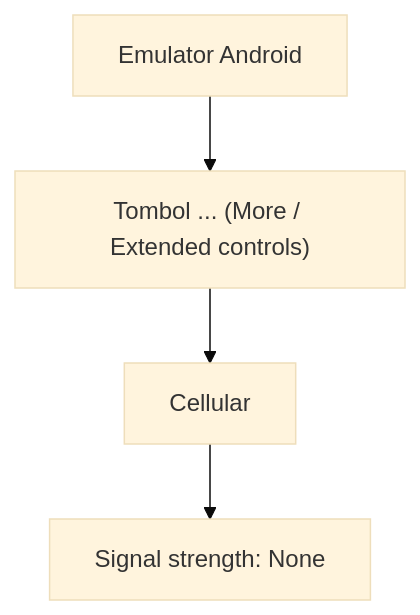
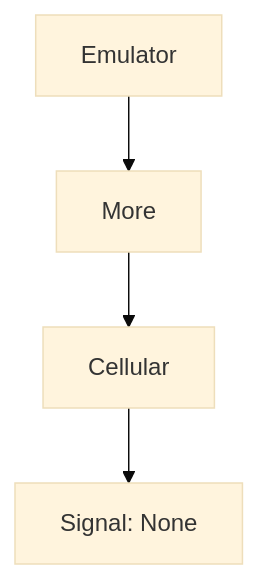
One commit to antonprafanto/mobile2026 changed the sixth of 7 diagrams in modul-05-data-lokal/README.md. Above: the diagram before and after it, drawn with Mermaid (base theme). The commit also changed other lines of this file and 1 other file, not shown here.

Commit message:
Shorten Modul 05 mermaid labels so GitHub no longer truncates JSON into JS.

````diff
--- a/modul-05-data-lokal/README.md
+++ b/modul-05-data-lokal/README.md
@@ -427,6 +427,6 @@
 ```mermaid
 flowchart TB
-  Emu["Emulator Android"] --> More["Tombol ... (More / Extended controls)"]
+  Emu["Emulator"] --> More["More"]
   More --> Cel["Cellular"]
-  Cel --> None["Signal strength: None"]
+  Cel --> None["Signal: None"]
 ```
````
